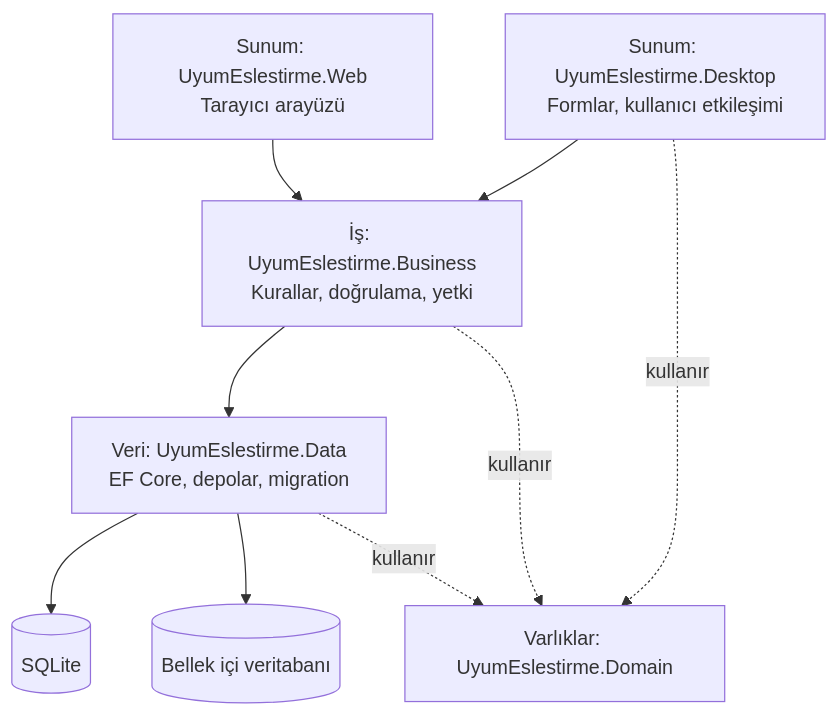
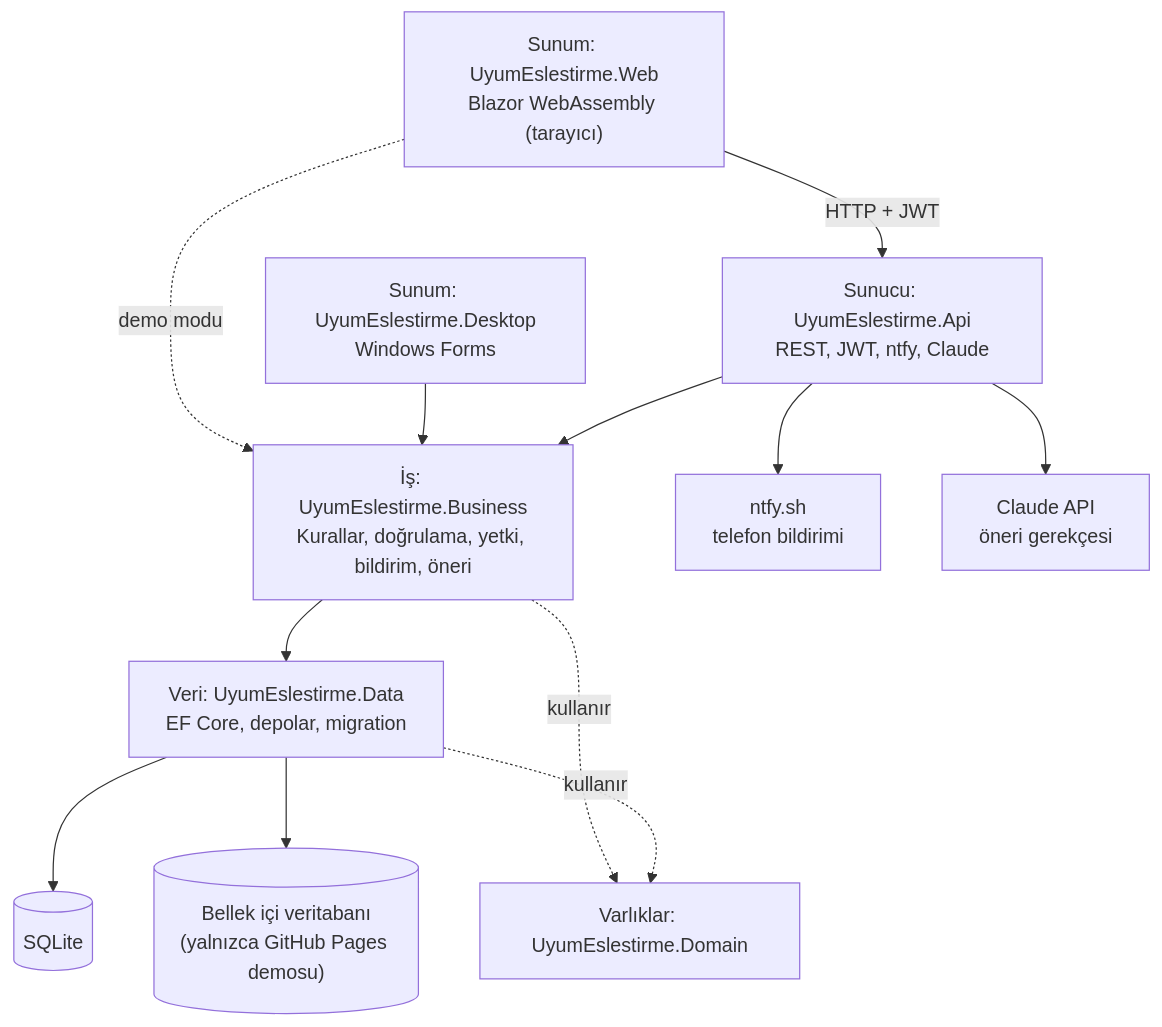
One commit to yasarmuhammed012-tech/uyumeslestirme changed the diagram in docs/mimari.md. Above: the diagram before and after it, drawn with Mermaid. The commit also changed other lines of this file and 57 other files, not shown here.

First line of the commit message:
Hafta 9-10: bildirim (ntfy), mesajlasma, aciklamali uyum onerisi, sunucu modunda web

````diff
--- a/docs/mimari.md
+++ b/docs/mimari.md
@@ -5,18 +5,24 @@
 ```mermaid
 flowchart TD
-    D["Sunum: UyumEslestirme.Desktop<br/>Formlar, kullanıcı etkileşimi"]
-    W["Sunum: UyumEslestirme.Web<br/>Tarayıcı arayüzü"]
-    B["İş: UyumEslestirme.Business<br/>Kurallar, doğrulama, yetki"]
+    D["Sunum: UyumEslestirme.Desktop<br/>Windows Forms"]
+    W["Sunum: UyumEslestirme.Web<br/>Blazor WebAssembly (tarayıcı)"]
+    A["Sunucu: UyumEslestirme.Api<br/>REST, JWT, ntfy, Claude"]
+    B["İş: UyumEslestirme.Business<br/>Kurallar, doğrulama, yetki, bildirim, öneri"]
     R["Veri: UyumEslestirme.Data<br/>EF Core, depolar, migration"]
     M["Varlıklar: UyumEslestirme.Domain"]
     S[("SQLite")]
-    I[("Bellek içi veritabanı")]
+    I[("Bellek içi veritabanı<br/>(yalnızca GitHub Pages demosu)")]
+    N["ntfy.sh<br/>telefon bildirimi"]
+    C["Claude API<br/>öneri gerekçesi"]
+    W -- "HTTP + JWT" --> A
+    W -. "demo modu" .-> B
     D --> B
-    W --> B
+    A --> B
+    A --> N
+    A --> C
     B --> R
     R --> S
     R --> I
-    D -. kullanır .-> M
     B -. kullanır .-> M
     R -. kullanır .-> M
 ```
````
